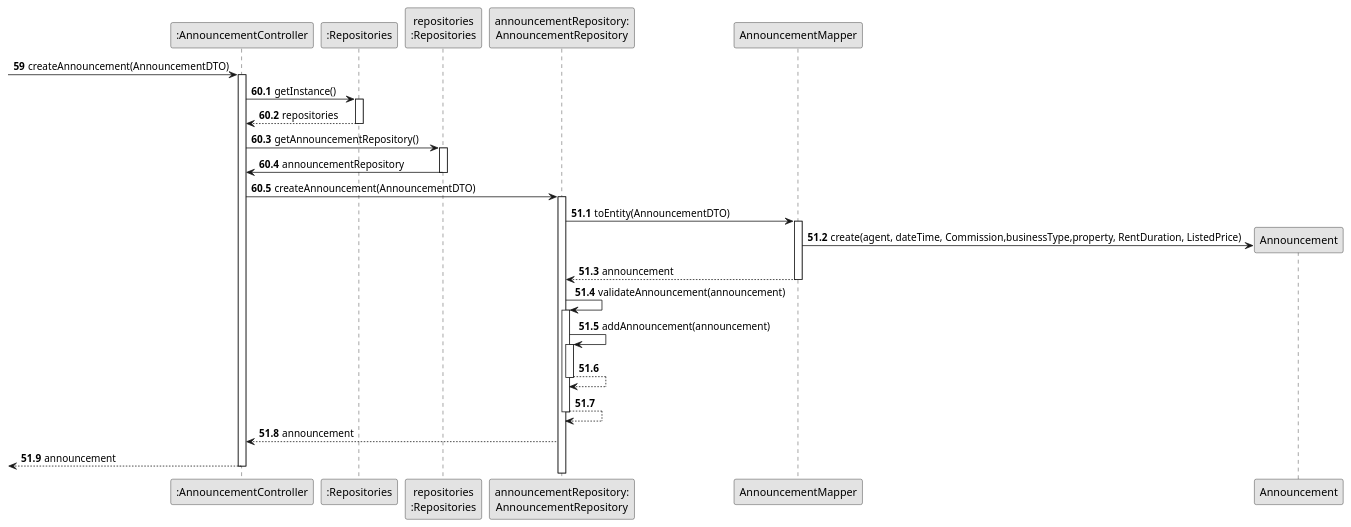
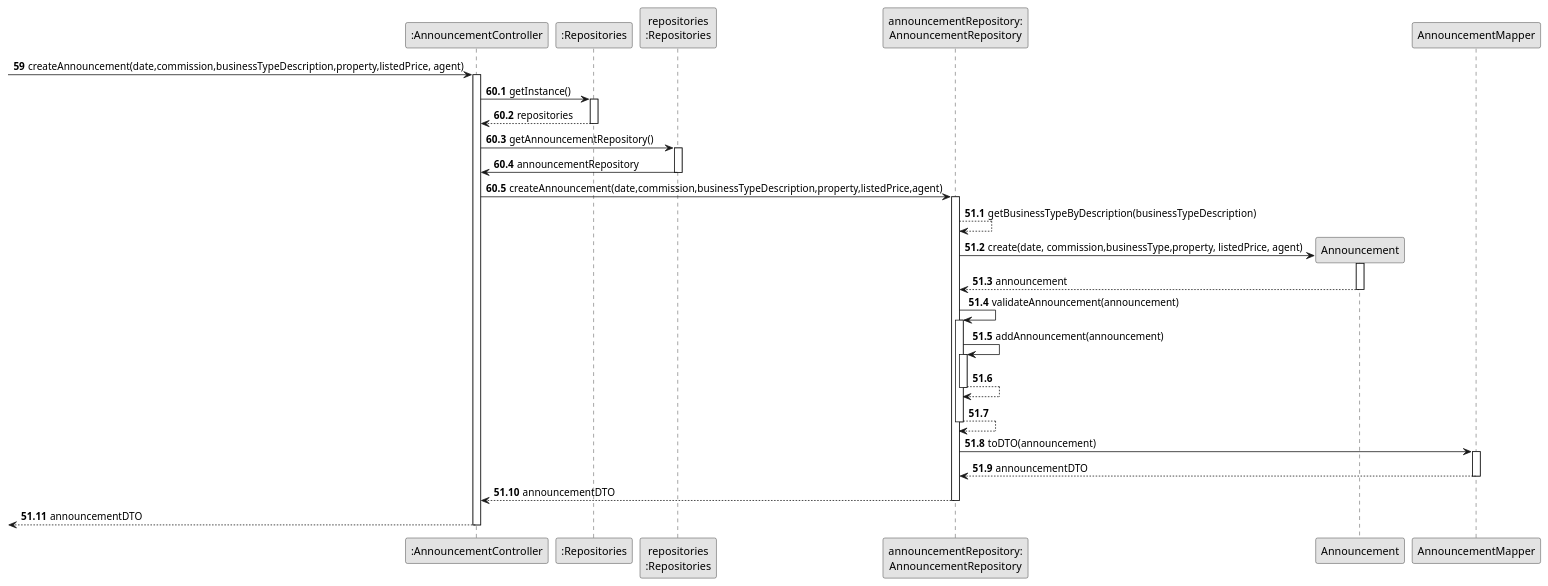
Before and after one commit to Shushizinho/RealEstateUSASystem: the diagram in docs/sprintD/us002/03.design/puml/us002-sequence-diagram-partial-create-announcement-sale.puml, drawn with PlantUML. The commit also changed 28 other files, not shown here.

Commit message:
update US2 UI, Controller and SD (As an agent, I can publish any sale announcement on the system, for example received through a phone call.)

```diff
--- a/docs/sprintD/us002/03.design/puml/us002-sequence-diagram-partial-create-announcement-sale.puml
+++ b/docs/sprintD/us002/03.design/puml/us002-sequence-diagram-partial-create-announcement-sale.puml
@@ -1,77 +1,85 @@
 @startuml
 skinparam monochrome true
 skinparam packageStyle rectangle
 skinparam shadowing false
 
 autonumber 62
 
 'hide footbox
 participant ":AnnouncementController" as CTRL
 
 participant ":Repositories" as RepositorySingleton
 participant "repositories\n:Repositories" as PLAT
 participant "announcementRepository:\nAnnouncementRepository" as AR
+participant "Announcement" as AN
 participant "AnnouncementMapper" as AM
-participant "Announcement" as AN
 
   autonumber 59
-     -> CTRL: createAnnouncement(AnnouncementDTO)
+     -> CTRL: createAnnouncement(date,commission,businessTypeDescription,property,listedPrice, agent)
+
      activate CTRL
 
 
     autonumber 60.1
          CTRL -> RepositorySingleton : getInstance()
           activate RepositorySingleton
 
           RepositorySingleton --> CTRL: repositories
           deactivate RepositorySingleton
 
      CTRL -> PLAT : getAnnouncementRepository()
                   activate PLAT
 
                    PLAT -> CTRL : announcementRepository
                                    deactivate PLAT
 
-               CTRL -> AR: createAnnouncement(AnnouncementDTO)
+               CTRL -> AR: createAnnouncement(date,commission,businessTypeDescription,property,listedPrice,agent)
                  activate AR
 
            autonumber 51.1
-                               AR -> AM: toEntity(AnnouncementDTO)
-                               activate AM
+                               AR --> AR :getBusinessTypeByDescription(businessTypeDescription)
+                               AR -> AN**: create(date, commission,businessType,property, listedPrice, agent)
+                               activate AN
 
+                               AN --> AR: announcement
+                               deactivate AN
 
-
-                                AM -> AN**: create(agent, dateTime, Commission,businessType,property, RentDuration, ListedPrice)
-                                AM --> AR: announcement
-                                deactivate AM
 
 
                                AR -> AR: validateAnnouncement(announcement)
                                activate AR
                                    AR -> AR: addAnnouncement(announcement)
                                    activate AR
                                        AR --> AR
                                    deactivate AR
                                    AR --> AR
 
                            deactivate AR
 
+                            AR -> AM: toDTO(announcement)
+                               activate AM
 
-              AR --> CTRL: announcement
+                               AM--> AR : announcementDTO
+                               deactivate AM
 
 
-               <-- CTRL : announcement
+              AR --> CTRL: announcementDTO
+
+              deactivate AR
+
+
+               <-- CTRL : announcementDTO
               deactivate CTRL
 
 
 
 
 
     autonumber 61
 
 
 
 
 
 
 @enduml
```
